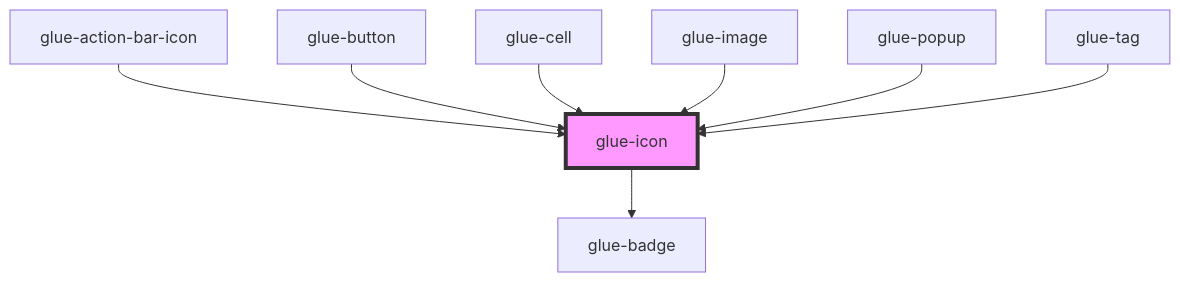
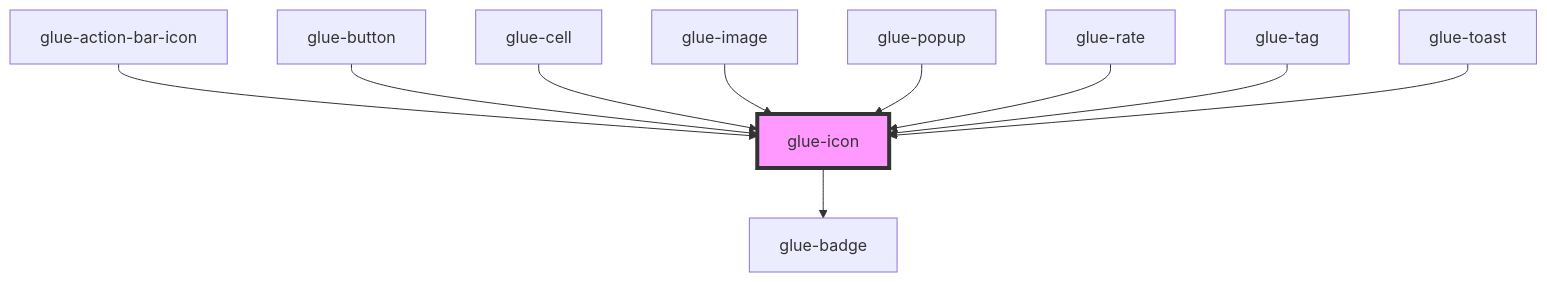
The diagram in packages/glue-components/src/components/glue-icon/readme.md (grasilife/glue), drawn with Mermaid before and after one commit. The commit also changed other lines of this file and 6 other files, not shown here.

````diff
--- a/packages/glue-components/src/components/glue-icon/readme.md
+++ b/packages/glue-components/src/components/glue-icon/readme.md
@@ -37,11 +39,13 @@
 ```mermaid
 graph TD;
   glue-icon --> glue-badge
   glue-action-bar-icon --> glue-icon
   glue-button --> glue-icon
   glue-cell --> glue-icon
   glue-image --> glue-icon
   glue-popup --> glue-icon
+  glue-rate --> glue-icon
   glue-tag --> glue-icon
+  glue-toast --> glue-icon
   style glue-icon fill:#f9f,stroke:#333,stroke-width:4px
 ```
````
